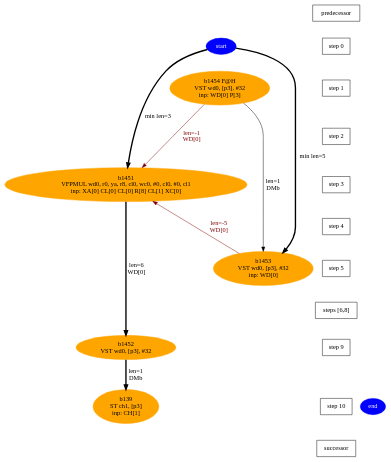
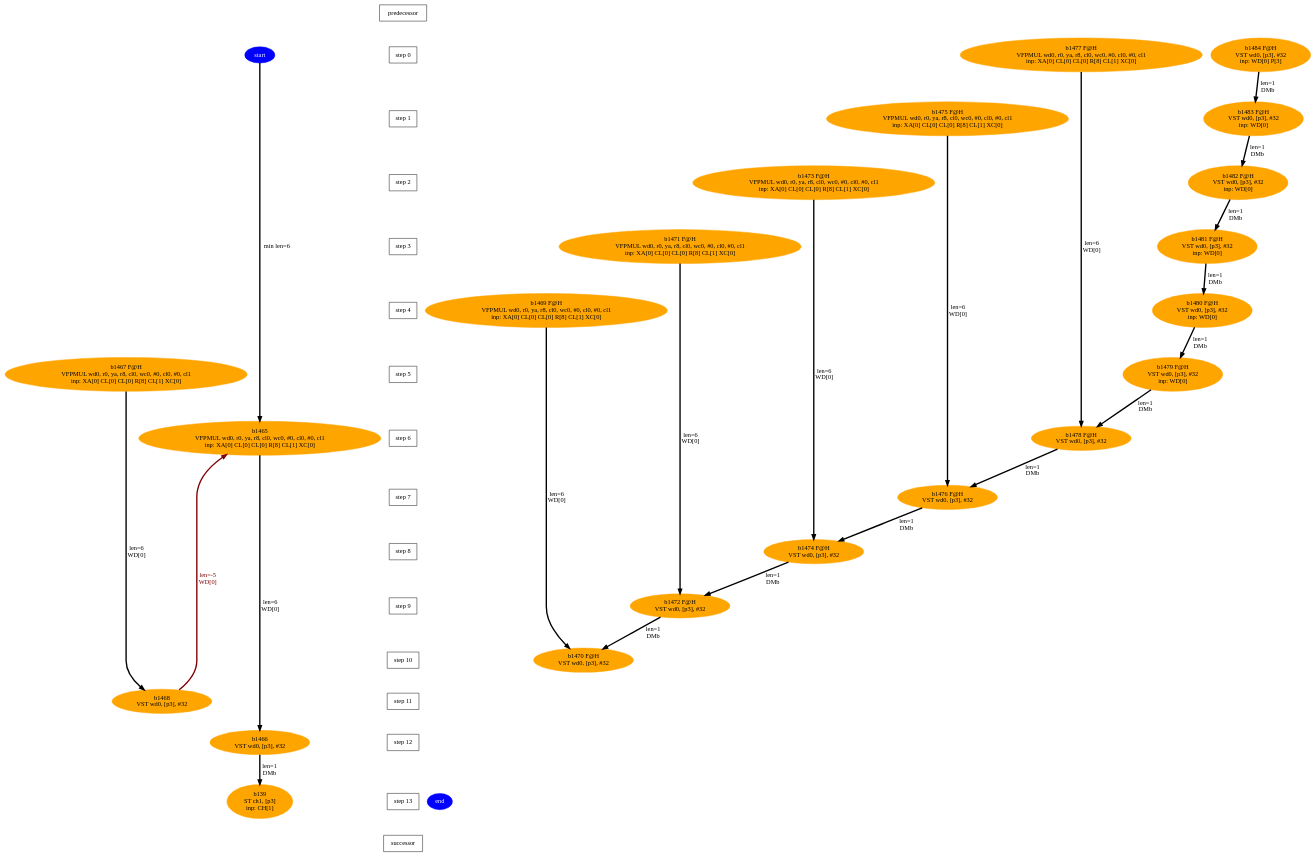
The diagram in TriBlock/Work/aie/0_0/Release/chesswork/0_0-main__s2_info/m120.dot (lxy-littlechai/SVD), drawn with Graphviz before and after one commit. The commit also changed 732 other files, not shown here.

```diff
--- a/TriBlock/Work/aie/0_0/Release/chesswork/0_0-main__s2_info/m120.dot
+++ b/TriBlock/Work/aie/0_0/Release/chesswork/0_0-main__s2_info/m120.dot
@@ -1,37 +1,76 @@
 digraph N {
- b139[color=orange,fontcolor=black,style=filled,label="b139\nST ch1, [p3]\ninp: CH[1]"];  {rank=same; S10;  b139;}
- b1451[color=orange,fontcolor=black,style=filled,label="b1451\nVFPMUL wd0, r0, ya, r8, cl0, wc0, #0, cl0, #0, cl1\ninp: XA[0] CL[0] CL[0] R[8] CL[1] XC[0]"];  {rank=same; S3;  b1451;}
- b1452[color=orange,fontcolor=black,style=filled,label="b1452\nVST wd0, [p3], #32"];  {rank=same; S9;  b1452;}
- b1453[color=orange,fontcolor=black,style=filled,label="b1453\nVST wd0, [p3], #32\ninp: WD[0]"];  {rank=same; S5;  b1453;}
- b1454[color=orange,fontcolor=black,style=filled,label="b1454 F@H \nVST wd0, [p3], #32\ninp: WD[0] P[3]"];  {rank=same; S1;  b1454;}
+ b139[color=orange,fontcolor=black,style=filled,label="b139\nST ch1, [p3]\ninp: CH[1]"];  {rank=same; S13;  b139;}
+ b1465[color=orange,fontcolor=black,style=filled,label="b1465\nVFPMUL wd0, r0, ya, r8, cl0, wc0, #0, cl0, #0, cl1\ninp: XA[0] CL[0] CL[0] R[8] CL[1] XC[0]"];  {rank=same; S6;  b1465;}
+ b1466[color=orange,fontcolor=black,style=filled,label="b1466\nVST wd0, [p3], #32"];  {rank=same; S12;  b1466;}
+ b1467[color=orange,fontcolor=black,style=filled,label="b1467 F@H \nVFPMUL wd0, r0, ya, r8, cl0, wc0, #0, cl0, #0, cl1\ninp: XA[0] CL[0] CL[0] R[8] CL[1] XC[0]"];  {rank=same; S5;  b1467;}
+ b1468[color=orange,fontcolor=black,style=filled,label="b1468\nVST wd0, [p3], #32"];  {rank=same; S11;  b1468;}
+ b1469[color=orange,fontcolor=black,style=filled,label="b1469 F@H \nVFPMUL wd0, r0, ya, r8, cl0, wc0, #0, cl0, #0, cl1\ninp: XA[0] CL[0] CL[0] R[8] CL[1] XC[0]"];  {rank=same; S4;  b1469;}
+ b1470[color=orange,fontcolor=black,style=filled,label="b1470 F@H \nVST wd0, [p3], #32"];  {rank=same; S10;  b1470;}
+ b1471[color=orange,fontcolor=black,style=filled,label="b1471 F@H \nVFPMUL wd0, r0, ya, r8, cl0, wc0, #0, cl0, #0, cl1\ninp: XA[0] CL[0] CL[0] R[8] CL[1] XC[0]"];  {rank=same; S3;  b1471;}
+ b1472[color=orange,fontcolor=black,style=filled,label="b1472 F@H \nVST wd0, [p3], #32"];  {rank=same; S9;  b1472;}
+ b1473[color=orange,fontcolor=black,style=filled,label="b1473 F@H \nVFPMUL wd0, r0, ya, r8, cl0, wc0, #0, cl0, #0, cl1\ninp: XA[0] CL[0] CL[0] R[8] CL[1] XC[0]"];  {rank=same; S2;  b1473;}
+ b1474[color=orange,fontcolor=black,style=filled,label="b1474 F@H \nVST wd0, [p3], #32"];  {rank=same; S8;  b1474;}
+ b1475[color=orange,fontcolor=black,style=filled,label="b1475 F@H \nVFPMUL wd0, r0, ya, r8, cl0, wc0, #0, cl0, #0, cl1\ninp: XA[0] CL[0] CL[0] R[8] CL[1] XC[0]"];  {rank=same; S1;  b1475;}
+ b1476[color=orange,fontcolor=black,style=filled,label="b1476 F@H \nVST wd0, [p3], #32"];  {rank=same; S7;  b1476;}
+ b1477[color=orange,fontcolor=black,style=filled,label="b1477 F@H \nVFPMUL wd0, r0, ya, r8, cl0, wc0, #0, cl0, #0, cl1\ninp: XA[0] CL[0] CL[0] R[8] CL[1] XC[0]"];  {rank=same; S0;  b1477;}
+ b1478[color=orange,fontcolor=black,style=filled,label="b1478 F@H \nVST wd0, [p3], #32"];  {rank=same; S6;  b1478;}
+ b1479[color=orange,fontcolor=black,style=filled,label="b1479 F@H \nVST wd0, [p3], #32\ninp: WD[0]"];  {rank=same; S5;  b1479;}
+ b1480[color=orange,fontcolor=black,style=filled,label="b1480 F@H \nVST wd0, [p3], #32\ninp: WD[0]"];  {rank=same; S4;  b1480;}
+ b1481[color=orange,fontcolor=black,style=filled,label="b1481 F@H \nVST wd0, [p3], #32\ninp: WD[0]"];  {rank=same; S3;  b1481;}
+ b1482[color=orange,fontcolor=black,style=filled,label="b1482 F@H \nVST wd0, [p3], #32\ninp: WD[0]"];  {rank=same; S2;  b1482;}
+ b1483[color=orange,fontcolor=black,style=filled,label="b1483 F@H \nVST wd0, [p3], #32\ninp: WD[0]"];  {rank=same; S1;  b1483;}
+ b1484[color=orange,fontcolor=black,style=filled,label="b1484 F@H \nVST wd0, [p3], #32\ninp: WD[0] P[3]"];  {rank=same; S0;  b1484;}
  start [color=blue,fontcolor=white,style=filled,label="start"];  {rank=same; S0;  start;}
- end [color=blue,fontcolor=white,style=filled,label="end"];  {rank=same; S10;  end;}
-   b1451 -> b1452 [color=black,fontcolor=black,penwidth=3,label="len=6\nWD[0]",weight=1000];
-   b1452 -> b139 [color=black,fontcolor=black,penwidth=3,label="len=1\nDMb",weight=1000];
-   b1451 -> b1453 [color=maroon,fontcolor=maroon,label="len=-5\nWD[0]",weight=1000,dir=back];
-   b1454 -> b1451 [color=maroon,fontcolor=maroon,label="len=-1\nWD[0]",weight=1000];
-   b1454 -> b1453 [color=black,fontcolor=black,label="len=1\nDMb",weight=1000];
-   start -> b1453 [color=black,fontcolor=black,penwidth=3,label="min len=5",weight=1000];
-   start -> b1451 [color=black,fontcolor=black,penwidth=3,label="min len=3",weight=1000];
+ end [color=blue,fontcolor=white,style=filled,label="end"];  {rank=same; S13;  end;}
+   b1465 -> b1466 [color=black,fontcolor=black,penwidth=3,label="len=6\nWD[0]",weight=1000];
+   b1466 -> b139 [color=black,fontcolor=black,penwidth=3,label="len=1\nDMb",weight=1000];
+   b1467 -> b1468 [color=black,fontcolor=black,penwidth=3,label="len=6\nWD[0]",weight=1000];
+   b1465 -> b1468 [color=maroon,fontcolor=maroon,penwidth=3,label="len=-5\nWD[0]",weight=1000,dir=back];
+   b1469 -> b1470 [color=black,fontcolor=black,penwidth=3,label="len=6\nWD[0]",weight=1000];
+   b1471 -> b1472 [color=black,fontcolor=black,penwidth=3,label="len=6\nWD[0]",weight=1000];
+   b1472 -> b1470 [color=black,fontcolor=black,penwidth=3,label="len=1\nDMb",weight=1000];
+   b1473 -> b1474 [color=black,fontcolor=black,penwidth=3,label="len=6\nWD[0]",weight=1000];
+   b1474 -> b1472 [color=black,fontcolor=black,penwidth=3,label="len=1\nDMb",weight=1000];
+   b1475 -> b1476 [color=black,fontcolor=black,penwidth=3,label="len=6\nWD[0]",weight=1000];
+   b1476 -> b1474 [color=black,fontcolor=black,penwidth=3,label="len=1\nDMb",weight=1000];
+   b1477 -> b1478 [color=black,fontcolor=black,penwidth=3,label="len=6\nWD[0]",weight=1000];
+   b1478 -> b1476 [color=black,fontcolor=black,penwidth=3,label="len=1\nDMb",weight=1000];
+   b1479 -> b1478 [color=black,fontcolor=black,penwidth=3,label="len=1\nDMb",weight=1000];
+   b1480 -> b1479 [color=black,fontcolor=black,penwidth=3,label="len=1\nDMb",weight=1000];
+   b1481 -> b1480 [color=black,fontcolor=black,penwidth=3,label="len=1\nDMb",weight=1000];
+   b1482 -> b1481 [color=black,fontcolor=black,penwidth=3,label="len=1\nDMb",weight=1000];
+   b1483 -> b1482 [color=black,fontcolor=black,penwidth=3,label="len=1\nDMb",weight=1000];
+   b1484 -> b1483 [color=black,fontcolor=black,penwidth=3,label="len=1\nDMb",weight=1000];
+   start -> b1465 [color=black,fontcolor=black,penwidth=3,label="min len=6",weight=1000];
   Sm1 [label="predecessor",shape=box];
   S0 [label="step 0",shape=box];
   Sm1 -> S0[style=invis,weight=9000];
   S1 [label="step 1",shape=box];
   S0 -> S1[style=invis,weight=9000];
   S2 [label="step 2",shape=box];
   S1 -> S2[style=invis,weight=9000];
   S3 [label="step 3",shape=box];
   S2 -> S3[style=invis,weight=9000];
   S4 [label="step 4",shape=box];
   S3 -> S4[style=invis,weight=9000];
   S5 [label="step 5",shape=box];
   S4 -> S5[style=invis,weight=9000];
-  S6_S8 [label="steps [6,8]",shape=box];
-  S5 -> S6_S8[style=invis,weight=9000];
+  S6 [label="step 6",shape=box];
+  S5 -> S6[style=invis,weight=9000];
+  S7 [label="step 7",shape=box];
+  S6 -> S7[style=invis,weight=9000];
+  S8 [label="step 8",shape=box];
+  S7 -> S8[style=invis,weight=9000];
   S9 [label="step 9",shape=box];
-  S6_S8 -> S9[style=invis,weight=9000];
+  S8 -> S9[style=invis,weight=9000];
   S10 [label="step 10",shape=box];
   S9 -> S10[style=invis,weight=9000];
-  S11 [label="successor",shape=box];
+  S11 [label="step 11",shape=box];
   S10 -> S11[style=invis,weight=9000];
+  S12 [label="step 12",shape=box];
+  S11 -> S12[style=invis,weight=9000];
+  S13 [label="step 13",shape=box];
+  S12 -> S13[style=invis,weight=9000];
+  S14 [label="successor",shape=box];
+  S13 -> S14[style=invis,weight=9000];
 }
```
